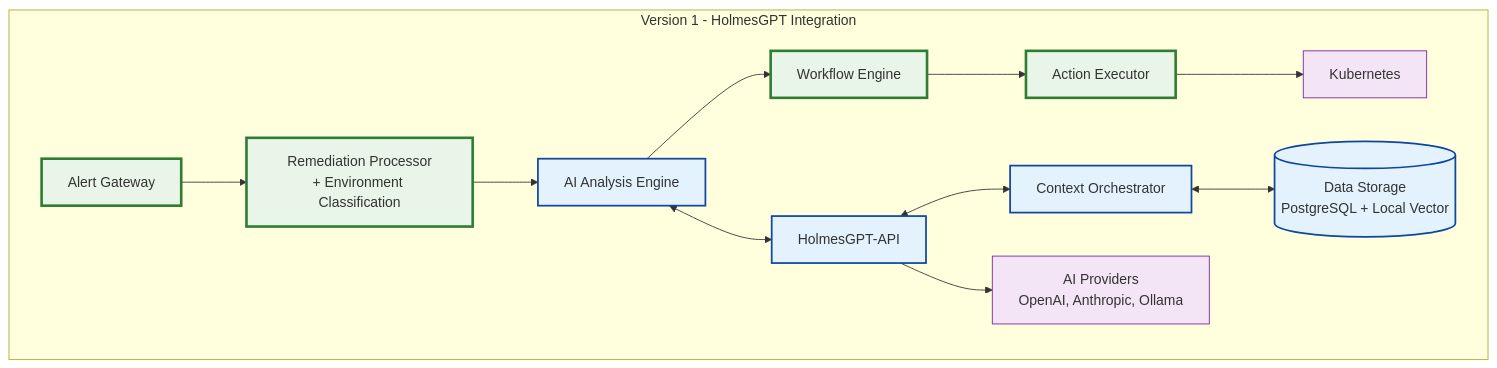
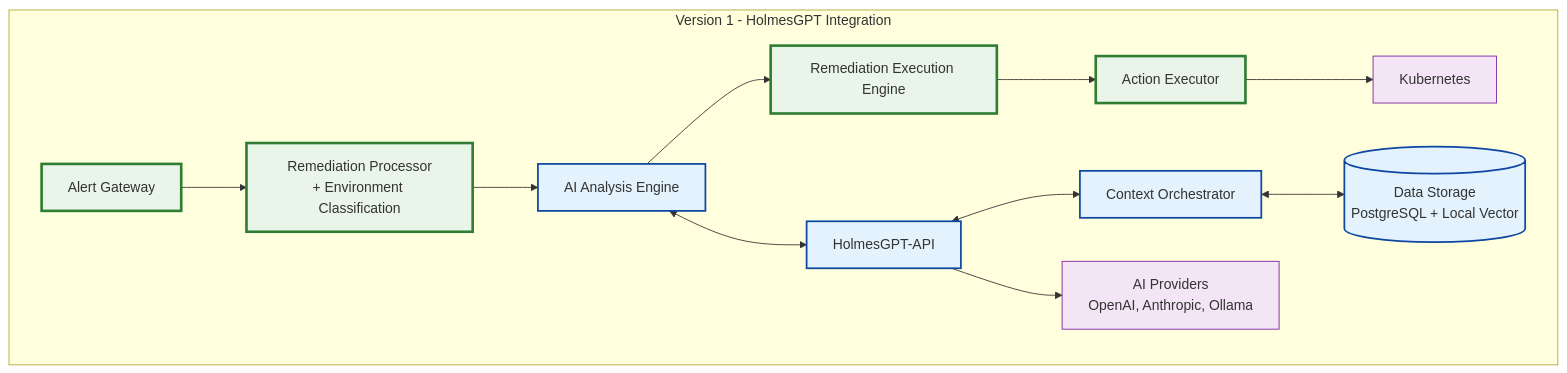
The first of 3 diagrams in docs/architecture/KUBERNAUT_IMPLEMENTATION_ROADMAP.md (jordigilh/kubernaut), drawn with Mermaid before and after one commit. The commit also changed other lines of this file and 13 other files, not shown here.

First line of the commit message:
docs: Correct service naming to 'Remediation Execution Engine' per ADR-035

````diff
--- a/docs/architecture/KUBERNAUT_IMPLEMENTATION_ROADMAP.md
+++ b/docs/architecture/KUBERNAUT_IMPLEMENTATION_ROADMAP.md
@@ -52,24 +51,24 @@
 ```mermaid
 flowchart TB
     subgraph V1 ["Version 1 - HolmesGPT Integration"]
         GATEWAY[Alert Gateway] --> PROCESSOR[Remediation Processor<br/>+ Environment Classification]
         PROCESSOR --> AI[AI Analysis Engine]
-        AI --> WORKFLOW[Workflow Engine]
+        AI --> WORKFLOW[Remediation Execution Engine]
         WORKFLOW --> EXECUTOR[Action Executor]
 
         AI <--> HOLMES[HolmesGPT-API]
         HOLMES <--> CONTEXT[Context Orchestrator]
         CONTEXT <--> STORAGE[(Data Storage<br/>PostgreSQL + Local Vector)]
 
         EXECUTOR --> K8S[Kubernetes]
         HOLMES --> PROVIDERS[AI Providers<br/>OpenAI, Anthropic, Ollama]
     end
 
     classDef v1core fill:#e8f5e8,stroke:#2e7d32,stroke-width:3px
     classDef v1ai fill:#e3f2fd,stroke:#0d47a1,stroke-width:2px
     classDef external fill:#f3e5f5,stroke:#7b1fa2,stroke-width:1px
 
     class GATEWAY,PROCESSOR,CLASSIFIER,WORKFLOW,EXECUTOR v1core
     class AI,HOLMES,CONTEXT,STORAGE v1ai
     class K8S,PROVIDERS external
 ```
````
